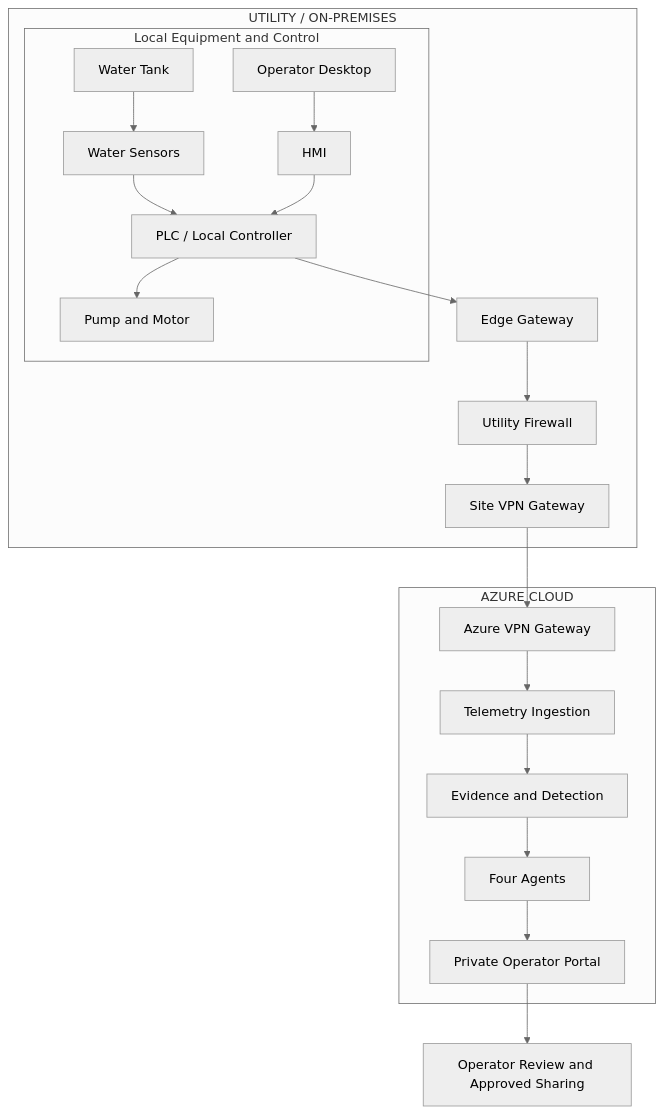
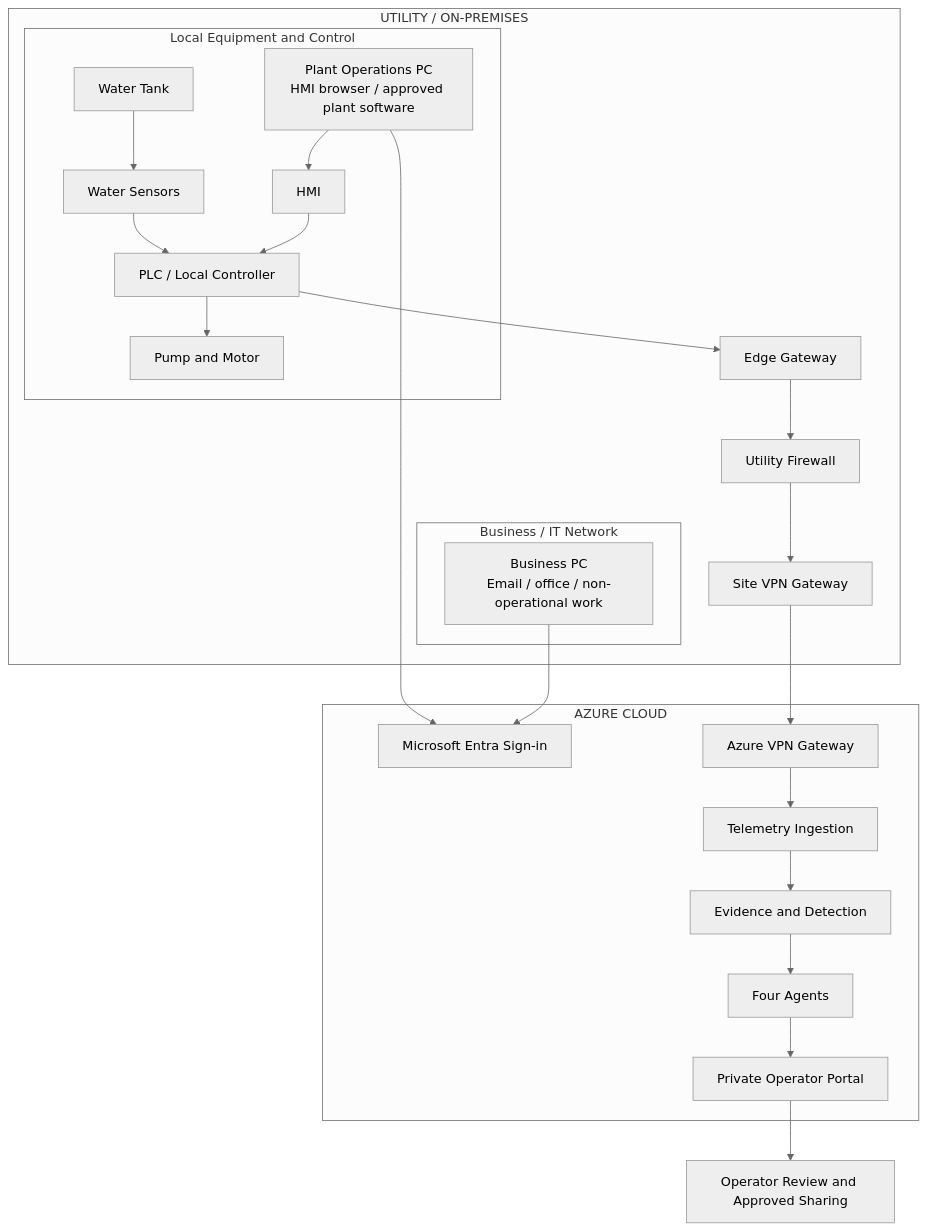
The second of 2 diagrams in docs/target-architecture.md (srvenkatms/WaterSupplyInisghtIQ), drawn with Mermaid (neutral theme) before and after one commit. The commit also changed other lines of this file, not shown here.

Commit message:
Show separate plant and business PCs with Entra sign-in flows

````diff
--- a/docs/target-architecture.md
+++ b/docs/target-architecture.md
@@ -145,31 +146,37 @@
 ```mermaid
 flowchart TB
   subgraph Site["UTILITY / ON-PREMISES"]
     subgraph Equipment["Local Equipment and Control"]
       Tank["Water Tank"]
       Sensors["Water Sensors"]
       PLC["PLC / Local Controller"]
       Pump["Pump and Motor"]
-      Desktop["Operator Desktop"]
+      Desktop["Plant Operations PC<br/>HMI browser / approved plant software"]
       HMI["HMI"]
       Tank --> Sensors --> PLC --> Pump
       Desktop --> HMI --> PLC
+    end
+    subgraph Business["Business / IT Network"]
+      BusinessPC["Business PC<br/>Email / office / non-operational work"]
     end
     Gateway["Edge Gateway"]
     Firewall["Utility Firewall"]
     SiteVPN["Site VPN Gateway"]
     PLC --> Gateway --> Firewall --> SiteVPN
   end
 
   subgraph Cloud["AZURE CLOUD"]
+    Entra["Microsoft Entra Sign-in"]
     CloudVPN["Azure VPN Gateway"]
     Ingestion["Telemetry Ingestion"]
     Evidence["Evidence and Detection"]
     Agents["Four Agents"]
     Portal["Private Operator Portal"]
     CloudVPN --> Ingestion --> Evidence --> Agents --> Portal
   end
 
   SiteVPN --> CloudVPN
   Portal --> Review["Operator Review and Approved Sharing"]
+  Desktop --> Entra
+  BusinessPC --> Entra
 ```
````
